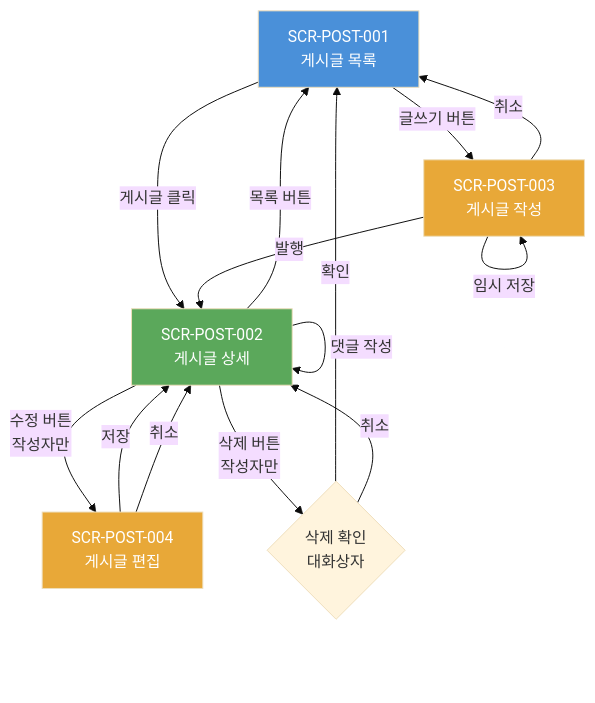
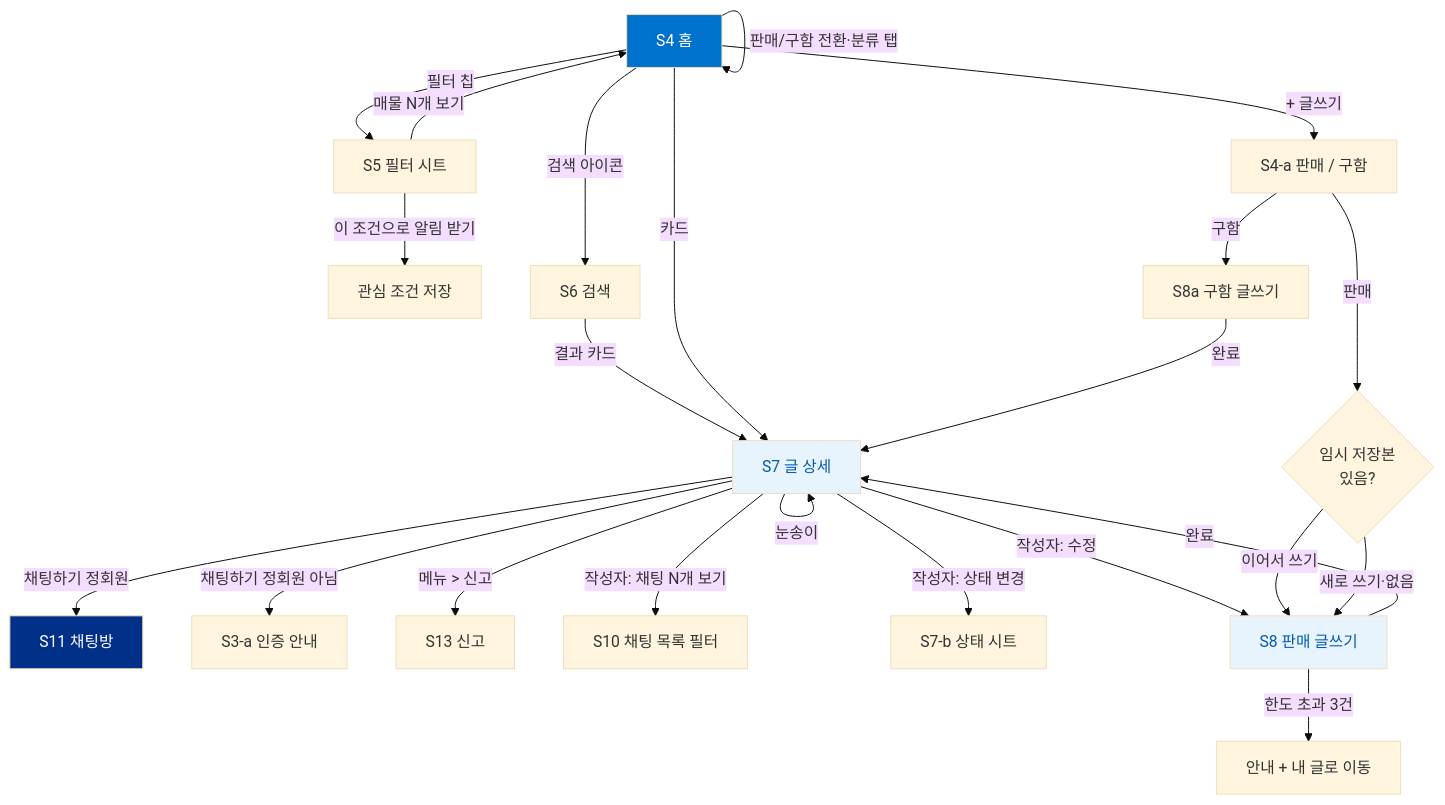
The second of 4 diagrams in waterfall/02-시스템설계/화면설계서.md (yuna14742/sookbak-sookbak), drawn with Mermaid (base theme) before and after one commit. The commit also changed other lines of this file and 2 other files, not shown here.

````diff
--- a/waterfall/02-시스템설계/화면설계서.md
+++ b/waterfall/02-시스템설계/화면설계서.md
@@ -110,25 +155,31 @@
 ```mermaid
 flowchart TD
-    LIST[SCR-POST-001<br/>게시글 목록] -->|게시글 클릭| DETAIL[SCR-POST-002<br/>게시글 상세]
-    LIST -->|글쓰기 버튼| NEW[SCR-POST-003<br/>게시글 작성]
+    HOME[S4 홈] -->|판매/구함 전환·분류 탭| HOME
+    HOME -->|필터 칩| S5[S5 필터 시트]
+    S5 -->|매물 N개 보기| HOME
+    S5 -->|이 조건으로 알림 받기| IC[관심 조건 저장]
+    HOME -->|검색 아이콘| S6[S6 검색]
+    S6 -->|결과 카드| S7
+    HOME -->|카드| S7[S7 글 상세]
+    S7 -->|눈송이| S7
+    S7 -->|채팅하기 정회원| S11[S11 채팅방]
+    S7 -->|채팅하기 정회원 아님| GATE2[S3-a 인증 안내]
+    S7 -->|메뉴 > 신고| S13[S13 신고]
+    S7 -->|작성자: 채팅 N개 보기| S10[S10 채팅 목록 필터]
+    S7 -->|작성자: 수정| S8
+    S7 -->|작성자: 상태 변경| S7B[S7-b 상태 시트]
 
-    DETAIL -->|수정 버튼<br/>작성자만| EDIT[SCR-POST-004<br/>게시글 편집]
-    DETAIL -->|삭제 버튼<br/>작성자만| DELETE_CONFIRM{삭제 확인<br/>대화상자}
-    DETAIL -->|댓글 작성| DETAIL
-    DETAIL -->|목록 버튼| LIST
+    HOME -->|+ 글쓰기| S4A[S4-a 판매 / 구함]
+    S4A -->|판매| DRAFT{임시 저장본<br/>있음?}
+    DRAFT -->|이어서 쓰기| S8[S8 판매 글쓰기]
+    DRAFT -->|새로 쓰기·없음| S8
+    S4A -->|구함| S8A[S8a 구함 글쓰기]
+    S8 -->|완료| S7
+    S8A -->|완료| S7
+    S8 -->|한도 초과 3건| LIMIT[안내 + 내 글로 이동]
 
-    NEW -->|임시 저장| NEW
-    NEW -->|발행| DETAIL
-    NEW -->|취소| LIST
-
-    EDIT -->|저장| DETAIL
-    EDIT -->|취소| DETAIL
-
-    DELETE_CONFIRM -->|확인| LIST
-    DELETE_CONFIRM -->|취소| DETAIL
-
-    style LIST fill:#4A90D9,color:#fff
-    style DETAIL fill:#5BA85B,color:#fff
-    style NEW fill:#E8A838,color:#fff
-    style EDIT fill:#E8A838,color:#fff
+    style HOME fill:#0072CE,color:#fff
+    style S7 fill:#E8F4FD,color:#005BB0
+    style S8 fill:#E8F4FD,color:#005BB0
+    style S11 fill:#003087,color:#fff
 ```
````
